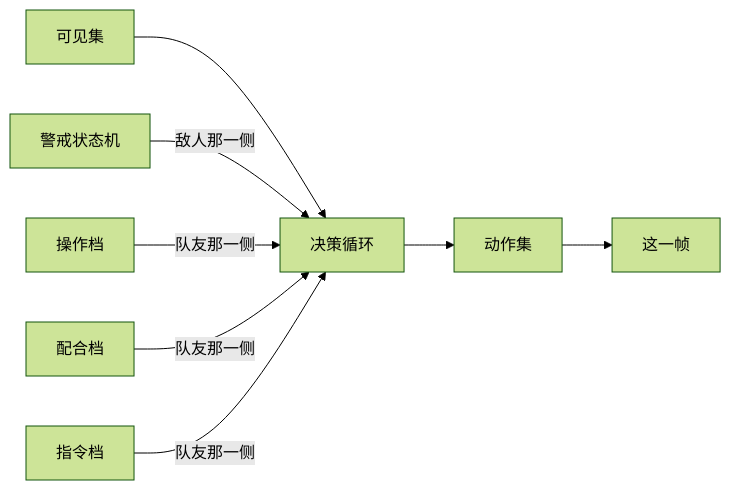
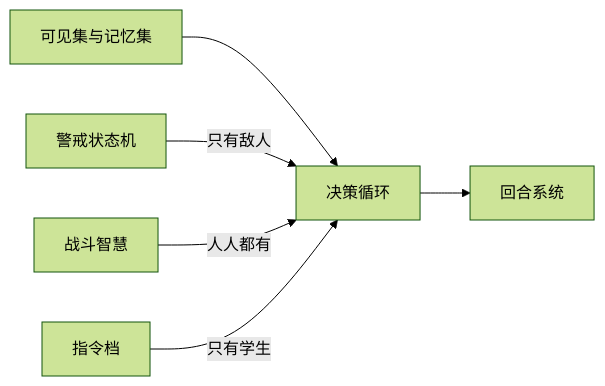
One commit to haohaoxuexiHAOHAO/Tinderhearth-The-Last-Class-Docs changed the first of 2 diagrams in design/战斗AI系统.md. Above: the diagram before and after it, drawn with Mermaid (forest theme). The commit also changed other lines of this file and 21 other files, not shown here.

````diff
--- a/design/战斗AI系统.md
+++ b/design/战斗AI系统.md
@@ -23,10 +21,8 @@
 ```mermaid
 flowchart LR
-    可见集 --> 循环["决策循环"]
-    警戒["警戒状态机"] -->|敌人那一侧| 循环
-    操作档 -->|队友那一侧| 循环
-    配合档 -->|队友那一侧| 循环
-    指令档 -->|队友那一侧| 循环
-    循环 --> 动作集
-    动作集 --> 这一帧
+    可见集["可见集与记忆集"] --> 循环["决策循环"]
+    警戒["警戒状态机"] -->|只有敌人| 循环
+    智慧["战斗智慧"] -->|人人都有| 循环
+    指令档 -->|只有学生| 循环
+    循环 --> 回合["回合系统"]
 ```
````
